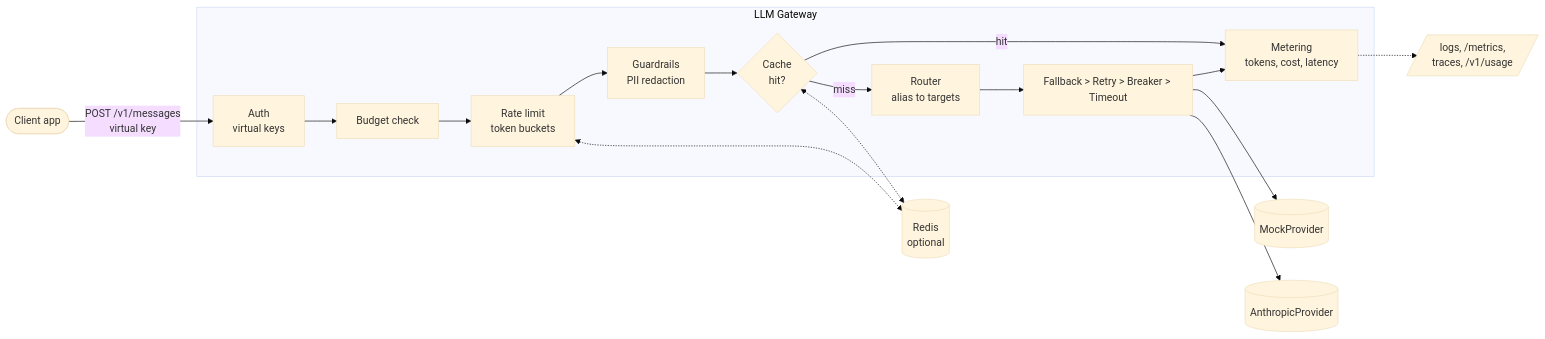
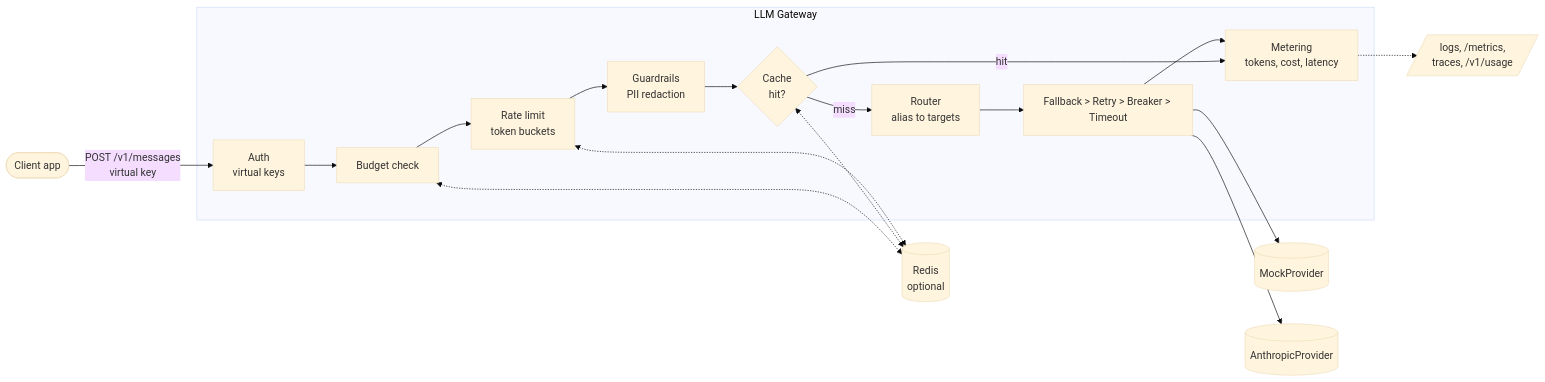
The diagram in README.md (HashirAKB/llm-gateway), drawn with Mermaid (base theme) before and after one commit. The commit also changed other lines of this file and 14 other files, not shown here.

Commit message:
Keep budget spend and reservations in Redis with an atomic Lua reserve; budgets fail closed when the store is down

````diff
--- a/README.md
+++ b/README.md
@@ -9,21 +9,22 @@
 ```mermaid
 flowchart LR
     client([Client app]) -->|POST /v1/messages<br/>virtual key| auth
 
     subgraph gateway[LLM Gateway]
         auth[Auth<br/>virtual keys] --> budget[Budget check]
         budget --> rl[Rate limit<br/>token buckets]
         rl --> guard[Guardrails<br/>PII redaction]
         guard --> cache{Cache<br/>hit?}
         cache -->|miss| router[Router<br/>alias to targets]
         router --> res[Fallback > Retry > Breaker > Timeout]
         res --> meter[Metering<br/>tokens, cost, latency]
         cache -->|hit| meter
     end
 
     res --> mock[(MockProvider)]
     res --> anthropic[(AnthropicProvider)]
     rl <-.-> redis[(Redis<br/>optional)]
     cache <-.-> redis
+    budget <-.-> redis
     meter -.-> obs[/logs, /metrics,<br/>traces, /v1/usage/]
 ```
````
